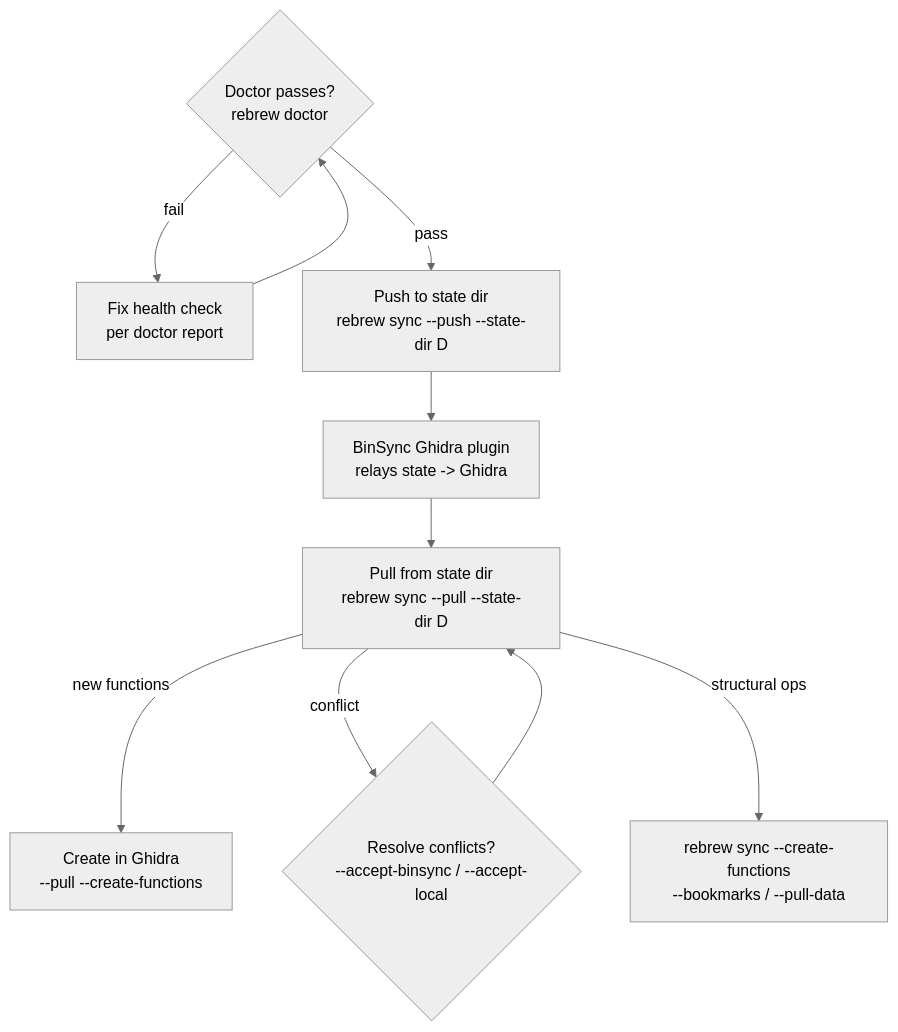
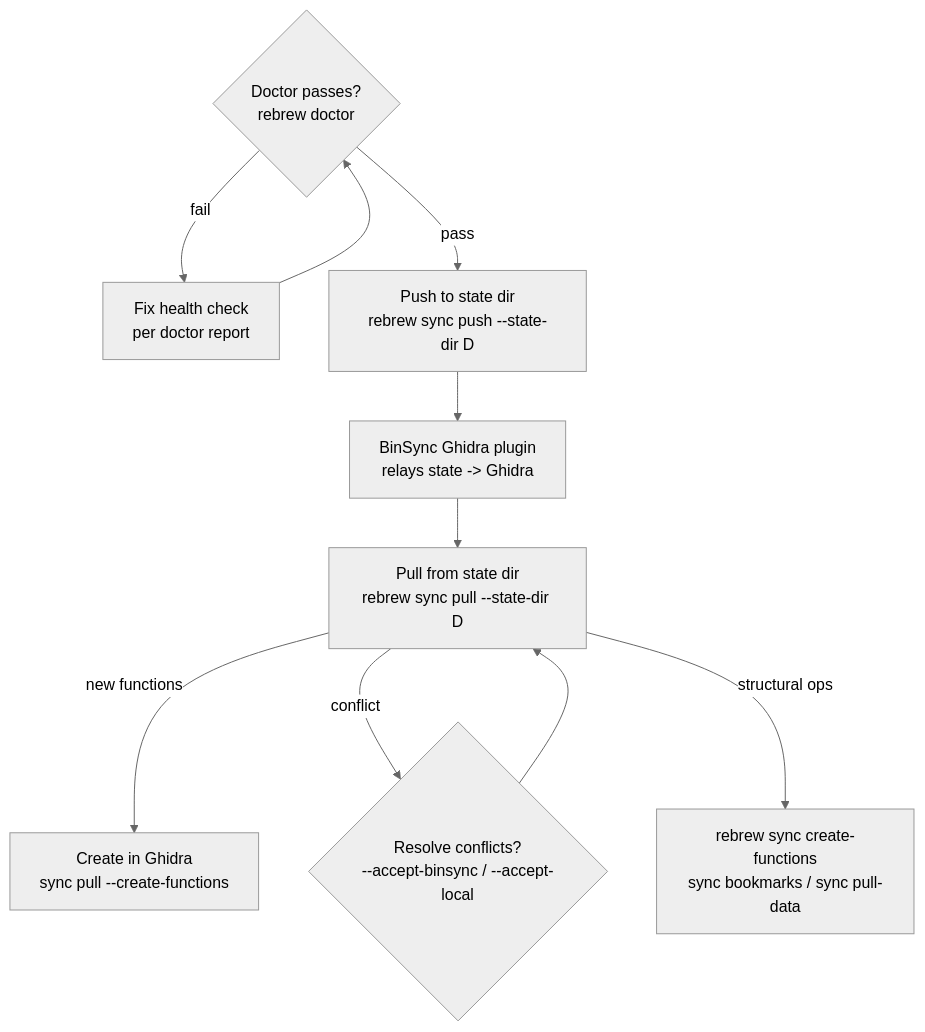
One commit to maci0/rebrew changed the diagram in .agents/skills/rebrew-ghidra-sync/SKILL.md. Above: the diagram before and after it, drawn with Mermaid (neutral theme). The commit also changed other lines of this file and 390 other files, not shown here.

````diff
--- a/.agents/skills/rebrew-ghidra-sync/SKILL.md
+++ b/.agents/skills/rebrew-ghidra-sync/SKILL.md
@@ -12,12 +12,12 @@
 ```mermaid
 graph TD
     Doctor{Doctor passes?<br/>rebrew doctor} -->|fail| Fix[Fix health check<br/>per doctor report]
     Fix --> Doctor
-    Doctor -->|pass| Push[Push to state dir<br/>rebrew sync --push --state-dir D]
+    Doctor -->|pass| Push[Push to state dir<br/>rebrew sync push --state-dir D]
     Push --> Plugin[BinSync Ghidra plugin<br/>relays state -> Ghidra]
-    Plugin --> Pull[Pull from state dir<br/>rebrew sync --pull --state-dir D]
-    Pull -->|new functions| Chain[Create in Ghidra<br/>--pull --create-functions]
+    Plugin --> Pull[Pull from state dir<br/>rebrew sync pull --state-dir D]
+    Pull -->|new functions| Chain[Create in Ghidra<br/>sync pull --create-functions]
     Pull -->|conflict| Resolve{Resolve conflicts?<br/>--accept-binsync / --accept-local}
     Resolve --> Pull
-    Pull -->|structural ops| Mcp[rebrew sync --create-functions<br/>--bookmarks / --pull-data]
+    Pull -->|structural ops| Mcp[rebrew sync create-functions<br/>sync bookmarks / sync pull-data]
 ```
````
